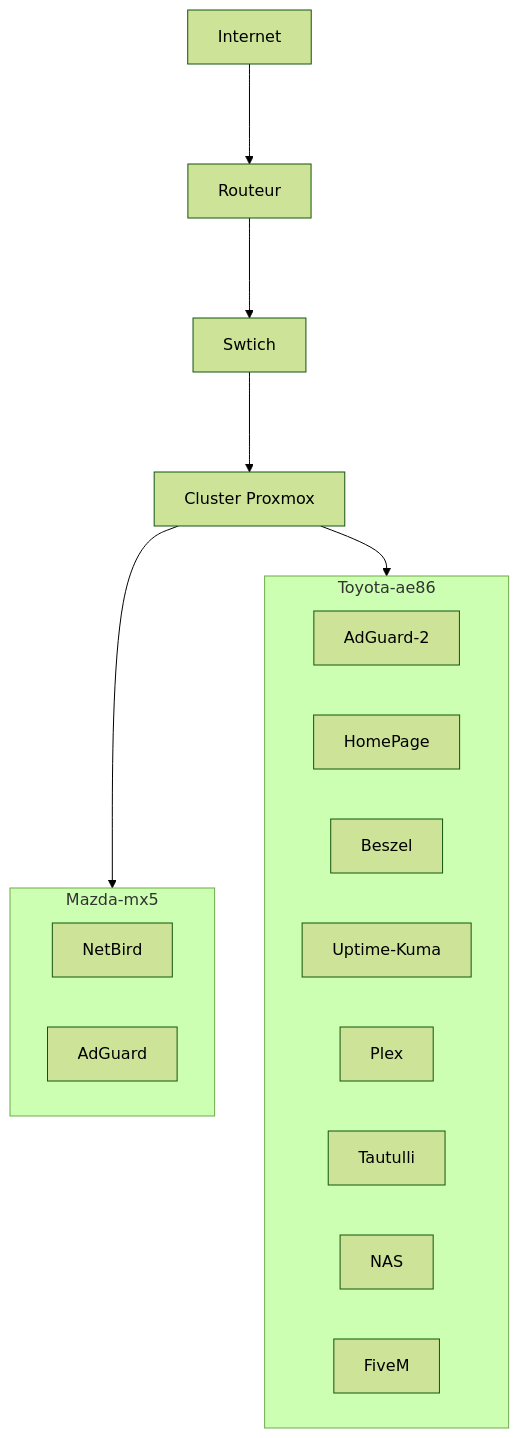
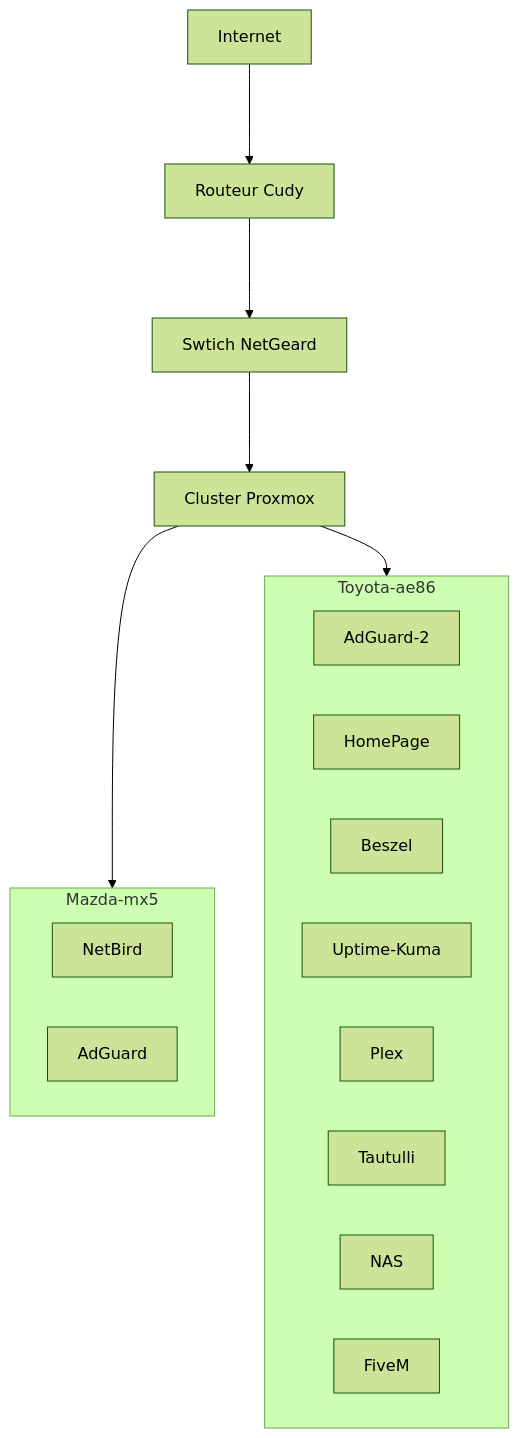
Before and after one commit to snoyy-i/snoyy-i: the diagram in README.md, drawn with Mermaid (forest theme).

````diff
--- a/README.md
+++ b/README.md
@@ -2,29 +2,29 @@
 ```mermaid
 graph TD
      A[Internet]
-     B[Routeur]
-     C[Swtich]
+     B[Routeur Cudy]
+     C[Swtich NetGeard]
      D[Cluster Proxmox]
 
 subgraph Mazda-mx5
      G[NetBird]
      H[AdGuard]
 end
 
 subgraph Toyota-ae86
      I[AdGuard-2]
      J[HomePage]
      K[Beszel]
      L[Uptime-Kuma]
      M[Plex]
      N[Tautulli]
      O[NAS]
      P[FiveM]
 end
 
      A--->B
      B--->C
      C--->D
      D --> Mazda-mx5
      D --> Toyota-ae86
 ```
````
